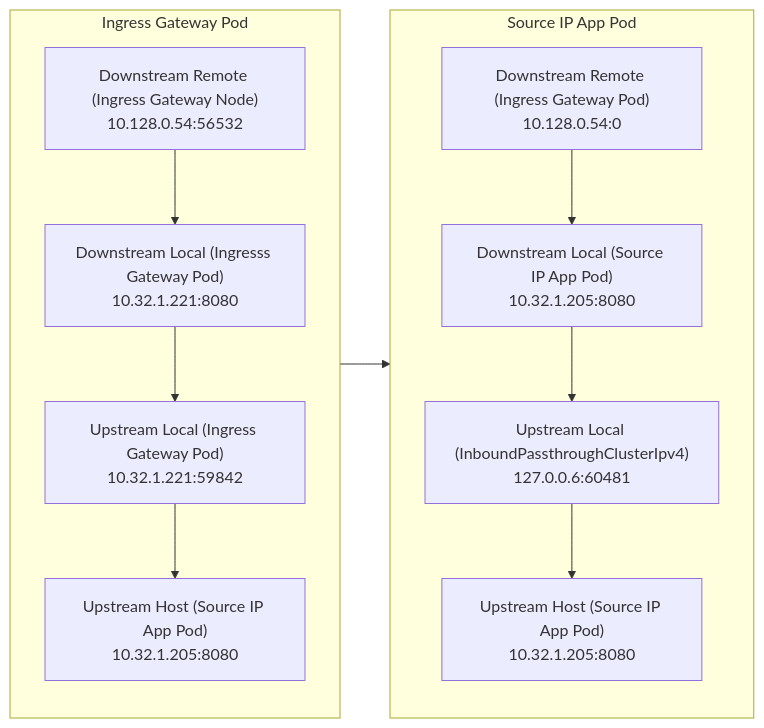
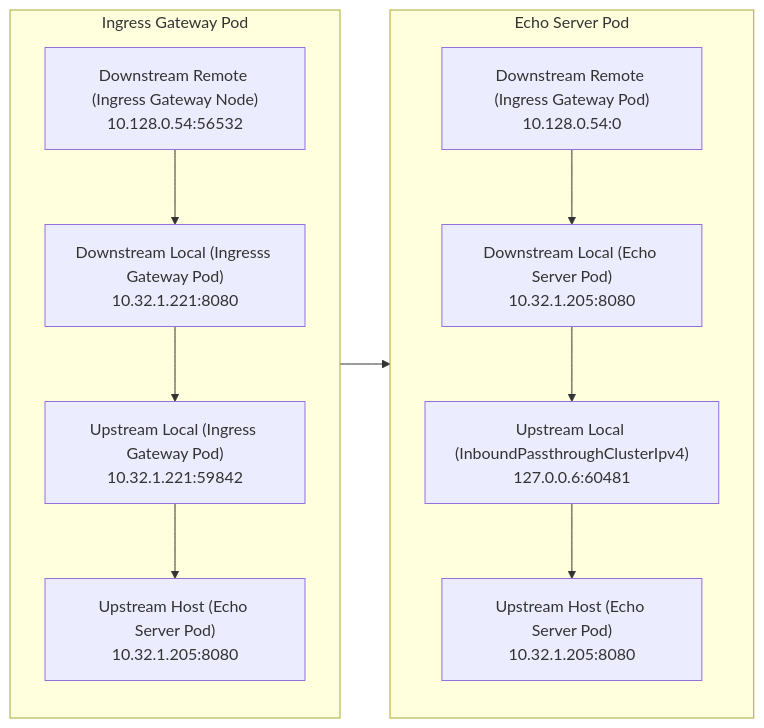
Before and after one commit to rootsongjc/kubernetes-handbook: the third of 10 diagrams in content/en/blog/preserve-source-ip-in-istio/index.md, drawn with Mermaid. The commit also changed other lines of this file and 1 other file, not shown here.

````diff
--- a/content/en/blog/preserve-source-ip-in-istio/index.md
+++ b/content/en/blog/preserve-source-ip-in-istio/index.md
@@ -278,18 +278,18 @@
 ```mermaid
 graph LR
 subgraph IngressGatewayPod[Ingress Gateway Pod]
 A["Downstream Remote (Ingress Gateway Node)<br>10.128.0.54:56532"] --> B
     B["Downstream Local (Ingresss Gateway Pod)<br>10.32.1.221:8080"]-->C
     C["Upstream Local (Ingress Gateway Pod)<br>10.32.1.221:59842"]
-    C --> D["Upstream Host (Source IP App Pod)<br>10.32.1.205:8080"]
+    C --> D["Upstream Host (Echo Server Pod)<br>10.32.1.205:8080"]
 end
-subgraph SourceIPAppPod[Source IP App Pod]
+subgraph SourceIPAppPod[Echo Server Pod]
     E["Downstream Remote (Ingress Gateway Pod)<br>10.128.0.54:0"] --> F
-    F["Downstream Local (Source IP App Pod)<br>10.32.1.205:8080"]
+    F["Downstream Local (Echo Server Pod)<br>10.32.1.205:8080"]
     G["Upstream Local (InboundPassthroughClusterIpv4)<br>127.0.0.6:60481"]
-    H["Upstream Host (Source IP App Pod)<br>10.32.1.205:8080"]
+    H["Upstream Host (Echo Server Pod)<br>10.32.1.205:8080"]
     F --> G
     G --> H
 end
 IngressGatewayPod-->SourceIPAppPod
 ```
````
